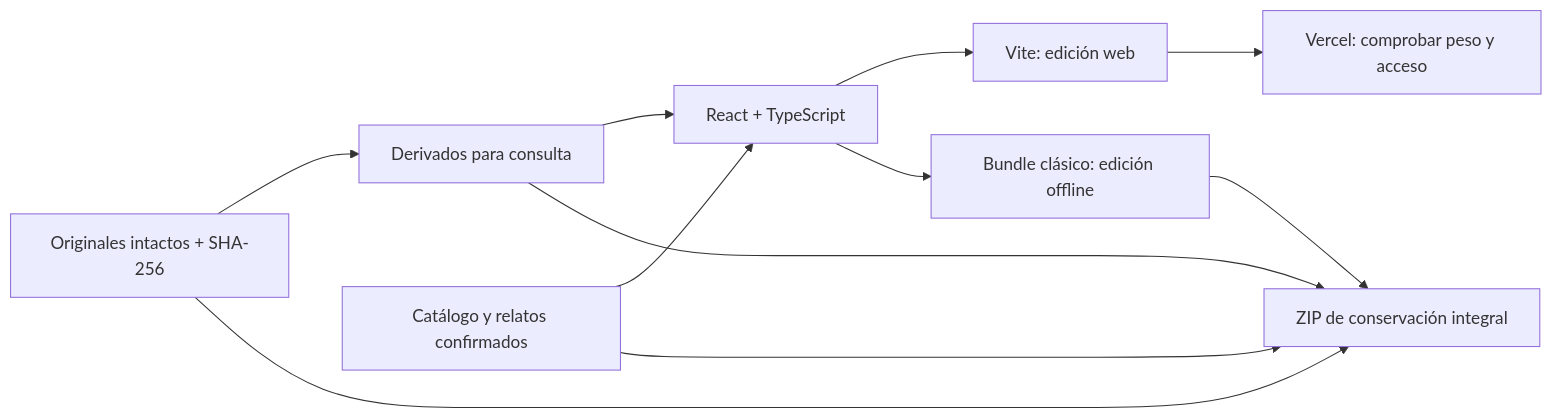
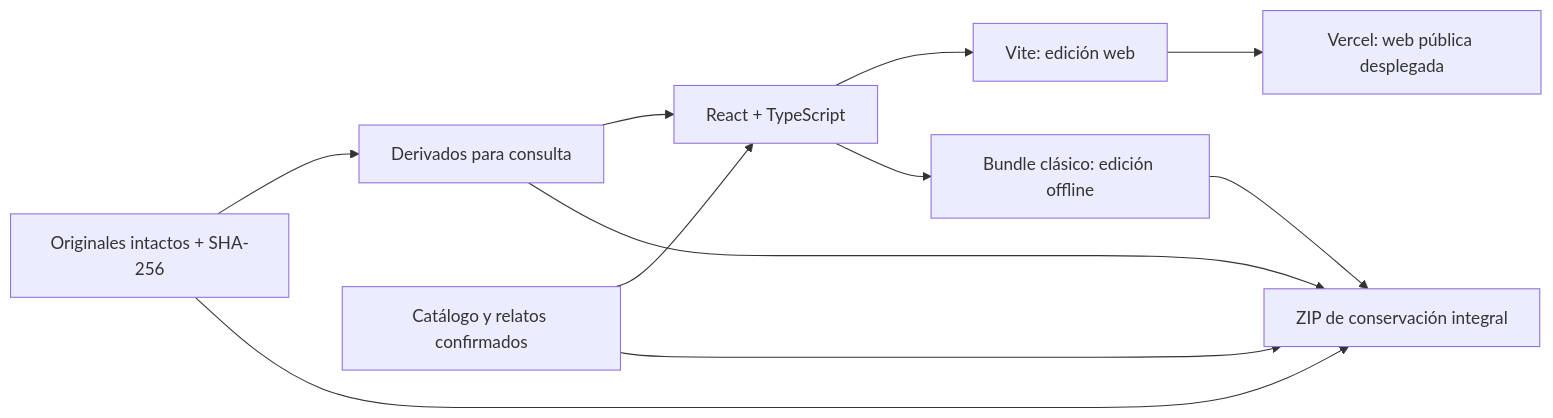
One commit to Kosyalls/los-cerdas changed the diagram in docs/ARQUITECTURA.md. Above: the diagram before and after it, drawn with Mermaid. The commit also changed other lines of this file and 52 other files, not shown here.

````diff
--- a/docs/ARQUITECTURA.md
+++ b/docs/ARQUITECTURA.md
@@ -7,13 +7,13 @@
 ```mermaid
 flowchart LR
     O[Originales intactos + SHA-256] --> D[Derivados para consulta]
     C[Catálogo y relatos confirmados] --> R[React + TypeScript]
     D --> R
     R --> W[Vite: edición web]
     R --> F[Bundle clásico: edición offline]
     O --> Z[ZIP de conservación integral]
     D --> Z
     C --> Z
     F --> Z
-    W --> V[Vercel: comprobar peso y acceso]
+    W --> V[Vercel: web pública desplegada]
 ```
````
